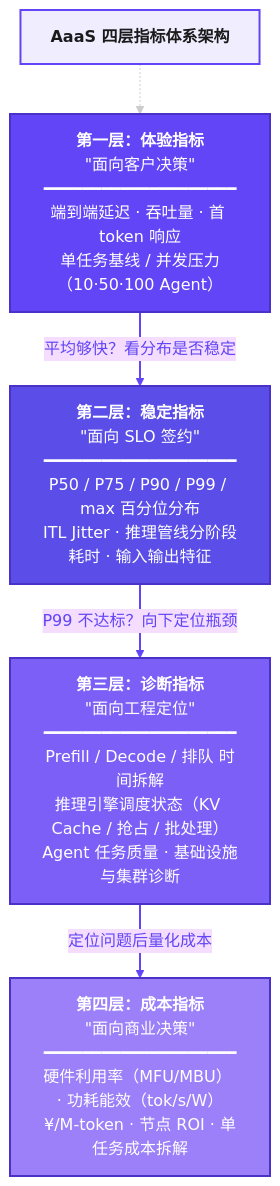
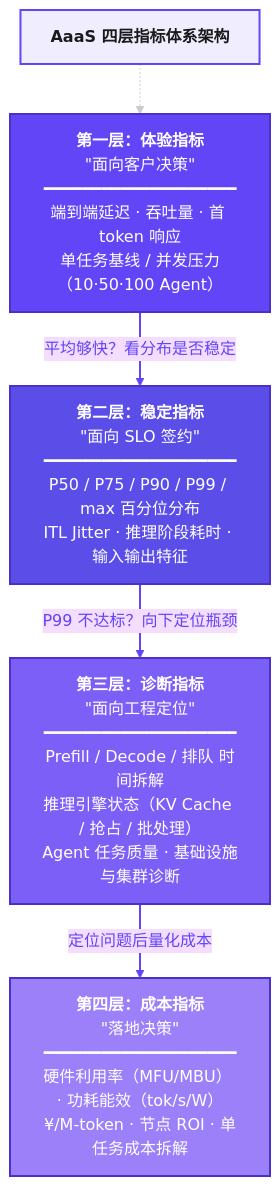
Before and after one commit to hanjoycai/42Vector-obsidian: the diagram in AaaS 验证平台/AaaS指标报告模板.md, drawn with Mermaid (base theme). The commit also changed 1 other file, not shown here.

Commit message:
vault backup: 2026-04-27 19:07:24

````diff
--- a/AaaS 验证平台/AaaS指标报告模板.md
+++ b/AaaS 验证平台/AaaS指标报告模板.md
@@ -164,27 +164,27 @@
 ```mermaid
 flowchart TB
     title["<b>AaaS 四层指标体系架构</b>"]
     style title fill:#f0edff,stroke:#6245f6,stroke-width:2px,color:#1a1a1a
 
     L1["<b>第一层：体验指标</b><br/>&quot;面向客户决策&quot;<br/>━━━━━━━━━━━━━━━━━━━━<br/>端到端延迟 · 吞吐量 · 首 token 响应<br/>单任务基线 / 并发压力（10·50·100 Agent）"]
     style L1 fill:#6245f6,stroke:#4a32c9,stroke-width:2px,color:#ffffff
 
-    L1b["<b>第二层：稳定指标</b><br/>&quot;面向 SLO 签约&quot;<br/>━━━━━━━━━━━━━━━━━━━━<br/>P50 / P75 / P90 / P99 / max 百分位分布<br/>ITL Jitter · 推理管线分阶段耗时 · 输入输出特征"]
+    L1b["<b>第二层：稳定指标</b><br/>&quot;面向 SLO 签约&quot;<br/>━━━━━━━━━━━━━━━━━━━━<br/>P50 / P75 / P90 / P99 / max 百分位分布<br/>ITL Jitter · 推理阶段耗时 · 输入输出特征"]
     style L1b fill:#5a4de8,stroke:#4a32c9,stroke-width:2px,color:#ffffff
 
-    L2["<b>第三层：诊断指标</b><br/>&quot;面向工程定位&quot;<br/>━━━━━━━━━━━━━━━━━━━━<br/>Prefill / Decode / 排队 时间拆解<br/>推理引擎调度状态（KV Cache / 抢占 / 批处理）<br/>Agent 任务质量 · 基础设施与集群诊断"]
+    L2["<b>第三层：诊断指标</b><br/>&quot;面向工程定位&quot;<br/>━━━━━━━━━━━━━━━━━━━━<br/>Prefill / Decode / 排队 时间拆解<br/>推理引擎状态（KV Cache / 抢占 / 批处理）<br/>Agent 任务质量 · 基础设施与集群诊断"]
     style L2 fill:#7c5ff7,stroke:#4a32c9,stroke-width:2px,color:#ffffff
 
-    L3["<b>第四层：成本指标</b><br/>&quot;面向商业决策&quot;<br/>━━━━━━━━━━━━━━━━━━━━<br/>硬件利用率（MFU/MBU） · 功耗能效（tok/s/W）<br/>¥/M-token · 节点 ROI · 单任务成本拆解"]
+    L3["<b>第四层：成本指标</b><br/>&quot;落地决策&quot;<br/>━━━━━━━━━━━━━━━━━━━━<br/>硬件利用率（MFU/MBU） · 功耗能效（tok/s/W）<br/>¥/M-token · 节点 ROI · 单任务成本拆解"]
     style L3 fill:#9b80f9,stroke:#4a32c9,stroke-width:2px,color:#ffffff
 
     title -.-> L1
     L1 -->|"平均够快？看分布是否稳定"| L1b
     L1b -->|"P99 不达标？向下定位瓶颈"| L2
     L2 -->|"定位问题后量化成本"| L3
 
     linkStyle 0 stroke:#cccccc,stroke-width:1px
     linkStyle 1 stroke:#6245f6,stroke-width:2px,color:#6245f6
     linkStyle 2 stroke:#6245f6,stroke-width:2px,color:#6245f6
     linkStyle 3 stroke:#6245f6,stroke-width:2px,color:#6245f6
 ```
````
